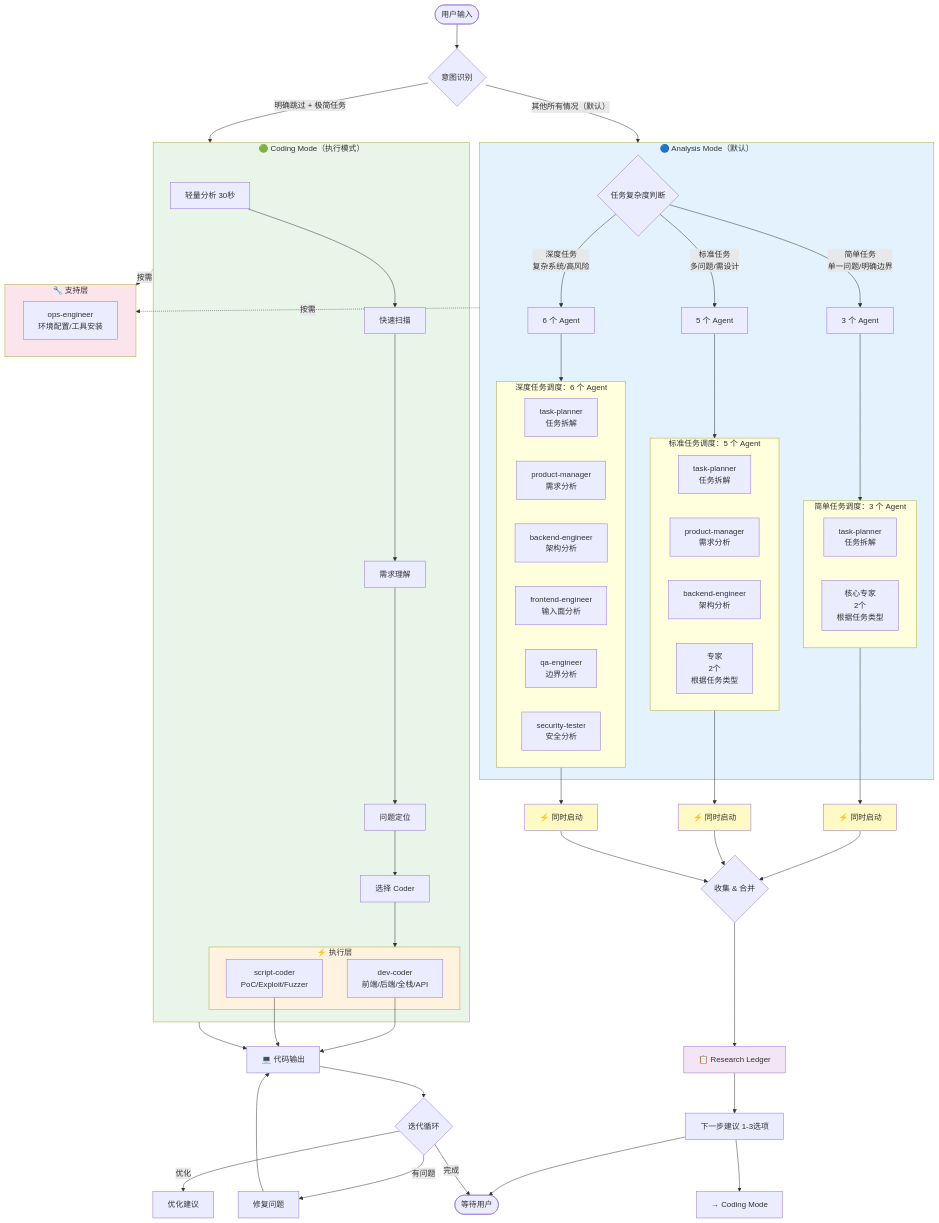
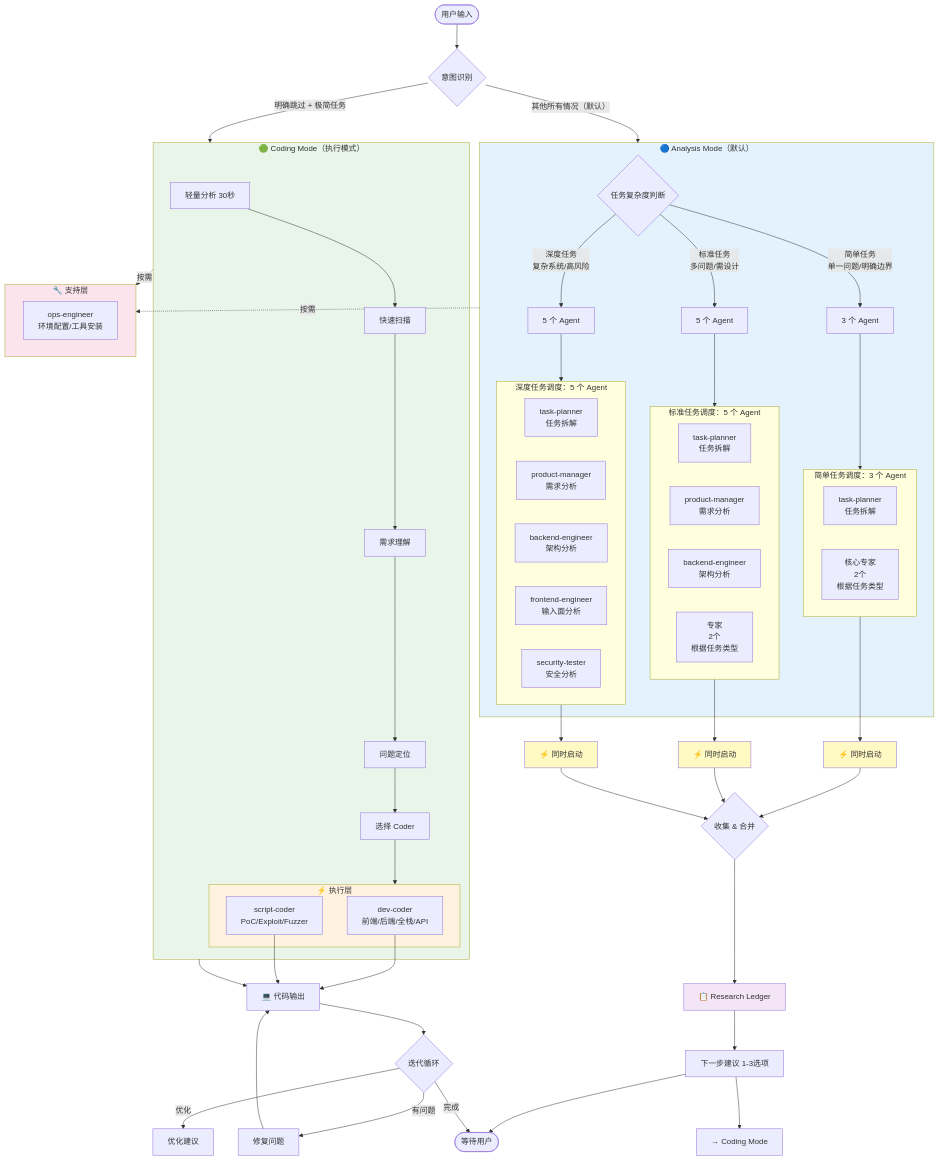
One commit to xxipv6/claudeSandBox changed the first of 7 diagrams in ARCHITECTURE.md. Above: the diagram before and after it, drawn with Mermaid. The commit also changed other lines of this file and 12 other files, not shown here.

```diff
--- a/ARCHITECTURE.md
+++ b/ARCHITECTURE.md
@@ -32,7 +32,7 @@
 
         Complexity -->|简单任务<br/>单一问题/明确边界| Simple[3 个 Agent]
         Complexity -->|标准任务<br/>多问题/需设计| Standard[5 个 Agent]
-        Complexity -->|深度任务<br/>复杂系统/高风险| Deep[6 个 Agent]
+        Complexity -->|深度任务<br/>复杂系统/高风险| Deep[5 个 Agent]
 
         Simple --> ScheduleSimple
         Standard --> ScheduleStandard
@@ -52,12 +52,11 @@
         MultiExpert[专家<br/>2个<br/>根据任务类型]
     end
 
-    subgraph ScheduleDeep["深度任务调度：6 个 Agent"]
+    subgraph ScheduleDeep["深度任务调度：5 个 Agent"]
         TP3[task-planner<br/>任务拆解]
         PM2[product-manager<br/>需求分析]
         BE2[backend-engineer<br/>架构分析]
         FE[frontend-engineer<br/>输入面分析]
-        QE[qa-engineer<br/>边界分析]
         ST[security-tester<br/>安全分析]
     end
 
```
